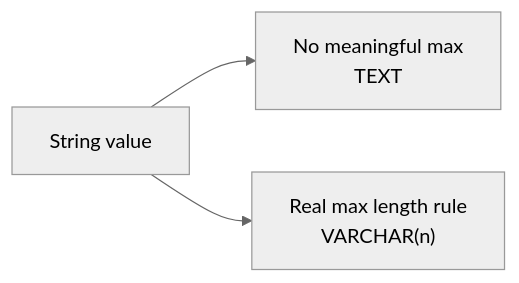
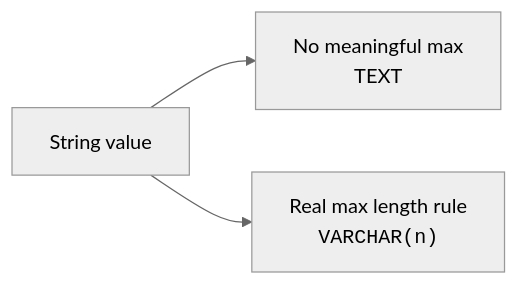
Before and after one commit to dataslope/dataslope: the second of 5 diagrams in content/courses/database-design-postgresql/choosing-data-types.mdx, drawn with Mermaid (neutral theme). The commit also changed 65 other files, not shown here.

First line of the commit message:
Set code in every mermaid label in the mono face

````diff
--- a/content/courses/database-design-postgresql/choosing-data-types.mdx
+++ b/content/courses/database-design-postgresql/choosing-data-types.mdx
@@ -105,5 +105,5 @@
 ```mermaid
 flowchart LR
     String["String value"] --> Free["No meaningful max<br/>TEXT"]
-    String --> Limited["Real max length rule<br/>VARCHAR(n)"]
+    String --> Limited["Real max length rule<br/><code>VARCHAR(n)</code>"]
 ```
````
